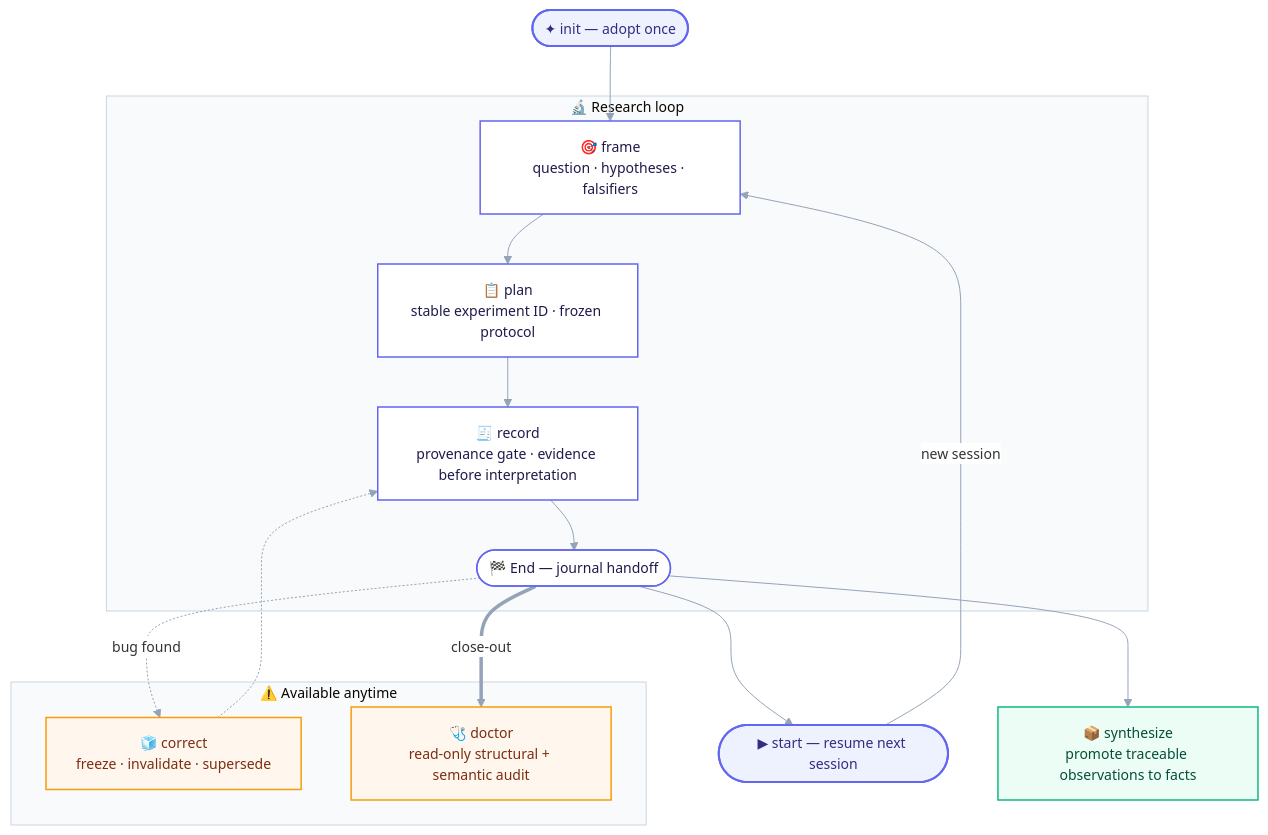
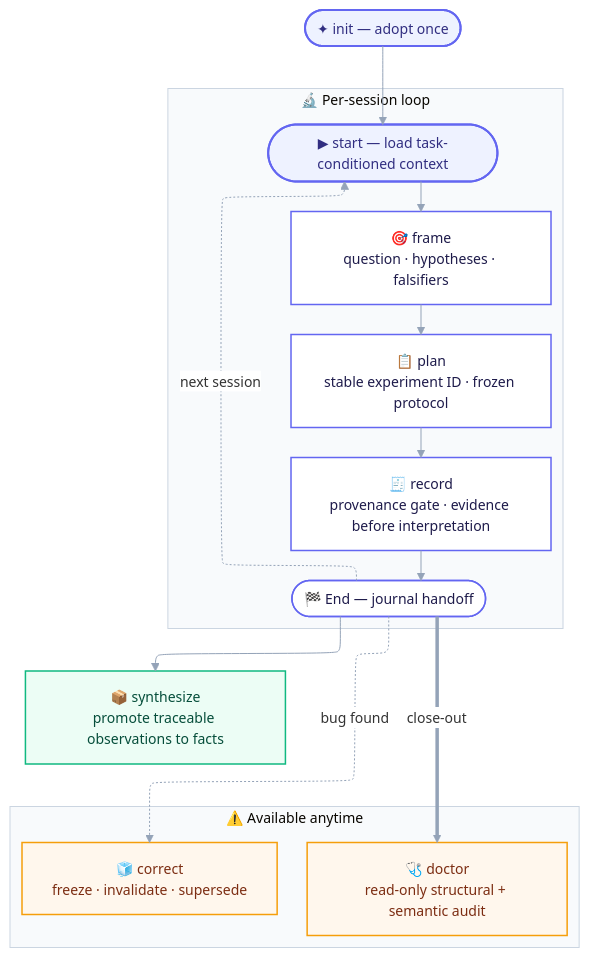
The first of 2 diagrams in README.md (poiuyjie/jev_project_context), drawn with Mermaid before and after one commit. The commit also changed other lines of this file and 1 other file, not shown here.

Commit message:
Fix crooked edges: switch to ELK orthogonal renderer, move start into the session loop, drop cross-cluster back edges

````diff
--- a/README.md
+++ b/README.md
@@ -11,32 +11,31 @@
 ```mermaid
 flowchart TB
-    %%{init: {"theme":"base","themeVariables":{"fontFamily":"Inter, ui-sans-serif, system-ui, sans-serif","fontSize":"14px","clusterBkg":"#F8FAFC","clusterBorder":"#CBD5E1","lineColor":"#94A3B8","edgeLabelBackground":"#FFFFFF"}}}%%
-    init(["✦ init — adopt once"]):::seed --> frame
+    %%{init: {"flowchart":{"defaultRenderer":"elk"},"theme":"base","themeVariables":{"fontFamily":"Inter, ui-sans-serif, system-ui, sans-serif","fontSize":"14px","clusterBkg":"#F8FAFC","clusterBorder":"#CBD5E1","lineColor":"#94A3B8","edgeLabelBackground":"#FFFFFF"}}}%%
 
-    subgraph loop["🔬 Research loop"]
+    init(["✦ init — adopt once"]):::seed --> startS
+
+    subgraph loop["🔬 Per-session loop"]
+        startS(["▶ start — load task-conditioned context"]):::seed
         frame["🎯 frame<br/>question · hypotheses · falsifiers"]:::op
         plan["📋 plan<br/>stable experiment ID · frozen protocol"]:::op
         record["🧾 record<br/>provenance gate · evidence before interpretation"]:::op
         endS(["🏁 End — journal handoff"]):::op
-        frame --> plan --> record --> endS
+        startS --> frame --> plan --> record --> endS
+        endS -. next session .-> startS
     end
 
-    startS(["▶ start — resume next session"]):::seed
-    endS --> startS
-    startS -->|new session| frame
     endS --> syn["📦 synthesize<br/>promote traceable observations to facts"]:::read
 
     subgraph guards["⚠️ Available anytime"]
         correct["🧊 correct<br/>freeze · invalidate · supersede"]:::gate
         doctor["🩺 doctor<br/>read-only structural + semantic audit"]:::gate
     end
 
     endS -. bug found .-> correct
-    correct -.-> record
     endS == close-out ==> doctor
 
     classDef seed fill:#EEF2FF,stroke:#6366F1,stroke-width:2px,color:#312E81;
     classDef op fill:#FFFFFF,stroke:#6366F1,stroke-width:1.5px,color:#1E1B4B;
     classDef read fill:#ECFDF5,stroke:#10B981,stroke-width:1.5px,color:#064E3B;
     classDef gate fill:#FFF7ED,stroke:#F59E0B,stroke-width:1.5px,color:#7C2D12;
 ```
````
